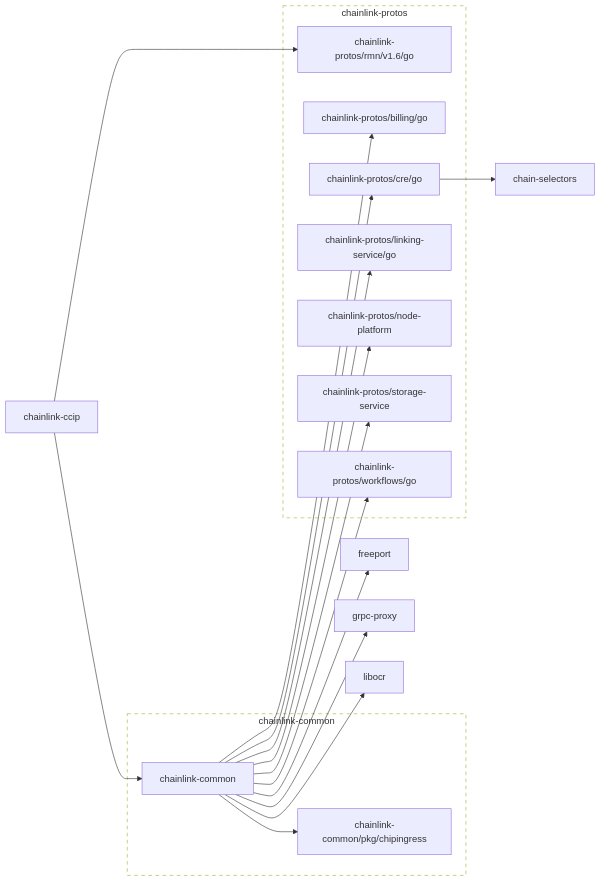
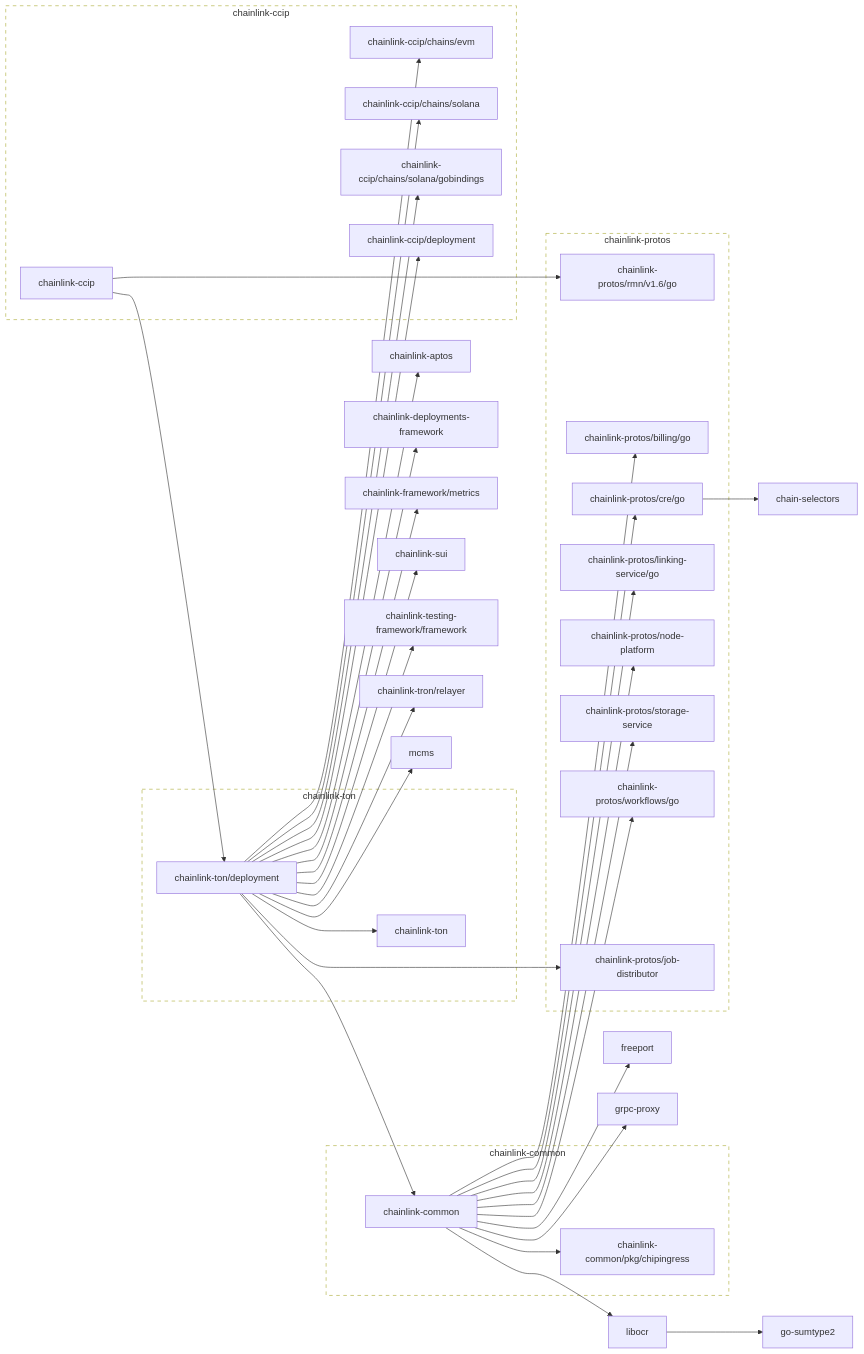
One commit to smartcontractkit/chainlink-ccip changed the first of 2 diagrams in go.md. Above: the diagram before and after it, drawn with Mermaid. The commit also changed other lines of this file and 16 other files, not shown here.

````diff
--- a/go.md
+++ b/go.md
@@ -5,9 +5,19 @@
 
 	chain-selectors
 	click chain-selectors href "https://github.com/smartcontractkit/chain-selectors"
-	chainlink-ccip --> chainlink-common
+	chainlink-aptos
+	click chainlink-aptos href "https://github.com/smartcontractkit/chainlink-aptos"
 	chainlink-ccip --> chainlink-protos/rmn/v1.6/go
+	chainlink-ccip --> chainlink-ton/deployment
 	click chainlink-ccip href "https://github.com/smartcontractkit/chainlink-ccip"
+	chainlink-ccip/chains/evm
+	click chainlink-ccip/chains/evm href "https://github.com/smartcontractkit/chainlink-ccip"
+	chainlink-ccip/chains/solana
+	click chainlink-ccip/chains/solana href "https://github.com/smartcontractkit/chainlink-ccip"
+	chainlink-ccip/chains/solana/gobindings
+	click chainlink-ccip/chains/solana/gobindings href "https://github.com/smartcontractkit/chainlink-ccip"
+	chainlink-ccip/deployment
+	click chainlink-ccip/deployment href "https://github.com/smartcontractkit/chainlink-ccip"
 	chainlink-common --> chainlink-common/pkg/chipingress
 	chainlink-common --> chainlink-protos/billing/go
 	chainlink-common --> chainlink-protos/cre/go
@@ -21,10 +31,16 @@
 	click chainlink-common href "https://github.com/smartcontractkit/chainlink-common"
 	chainlink-common/pkg/chipingress
 	click chainlink-common/pkg/chipingress href "https://github.com/smartcontractkit/chainlink-common"
+	chainlink-deployments-framework
+	click chainlink-deployments-framework href "https://github.com/smartcontractkit/chainlink-deployments-framework"
+	chainlink-framework/metrics
+	click chainlink-framework/metrics href "https://github.com/smartcontractkit/chainlink-framework"
 	chainlink-protos/billing/go
 	click chainlink-protos/billing/go href "https://github.com/smartcontractkit/chainlink-protos"
 	chainlink-protos/cre/go --> chain-selectors
 	click chainlink-protos/cre/go href "https://github.com/smartcontractkit/chainlink-protos"
+	chainlink-protos/job-distributor
+	click chainlink-protos/job-distributor href "https://github.com/smartcontractkit/chainlink-protos"
 	chainlink-protos/linking-service/go
 	click chainlink-protos/linking-service/go href "https://github.com/smartcontractkit/chainlink-protos"
 	chainlink-protos/node-platform
@@ -35,12 +51,48 @@
 	click chainlink-protos/storage-service href "https://github.com/smartcontractkit/chainlink-protos"
 	chainlink-protos/workflows/go
 	click chainlink-protos/workflows/go href "https://github.com/smartcontractkit/chainlink-protos"
+	chainlink-sui
+	click chainlink-sui href "https://github.com/smartcontractkit/chainlink-sui"
+	chainlink-testing-framework/framework
+	click chainlink-testing-framework/framework href "https://github.com/smartcontractkit/chainlink-testing-framework"
+	chainlink-ton
+	click chainlink-ton href "https://github.com/smartcontractkit/chainlink-ton"
+	chainlink-ton/deployment --> chainlink-aptos
+	chainlink-ton/deployment --> chainlink-ccip/chains/evm
+	chainlink-ton/deployment --> chainlink-ccip/chains/solana
+	chainlink-ton/deployment --> chainlink-ccip/chains/solana/gobindings
+	chainlink-ton/deployment --> chainlink-ccip/deployment
+	chainlink-ton/deployment --> chainlink-common
+	chainlink-ton/deployment --> chainlink-deployments-framework
+	chainlink-ton/deployment --> chainlink-framework/metrics
+	chainlink-ton/deployment --> chainlink-protos/job-distributor
+	chainlink-ton/deployment --> chainlink-sui
+	chainlink-ton/deployment --> chainlink-testing-framework/framework
+	chainlink-ton/deployment --> chainlink-ton
+	chainlink-ton/deployment --> chainlink-tron/relayer
+	chainlink-ton/deployment --> mcms
+	click chainlink-ton/deployment href "https://github.com/smartcontractkit/chainlink-ton"
+	chainlink-tron/relayer
+	click chainlink-tron/relayer href "https://github.com/smartcontractkit/chainlink-tron"
 	freeport
 	click freeport href "https://github.com/smartcontractkit/freeport"
+	go-sumtype2
+	click go-sumtype2 href "https://github.com/smartcontractkit/go-sumtype2"
 	grpc-proxy
 	click grpc-proxy href "https://github.com/smartcontractkit/grpc-proxy"
-	libocr
+	libocr --> go-sumtype2
 	click libocr href "https://github.com/smartcontractkit/libocr"
+	mcms
+	click mcms href "https://github.com/smartcontractkit/mcms"
+
+	subgraph chainlink-ccip-repo[chainlink-ccip]
+		 chainlink-ccip
+		 chainlink-ccip/chains/evm
+		 chainlink-ccip/chains/solana
+		 chainlink-ccip/chains/solana/gobindings
+		 chainlink-ccip/deployment
+	end
+	click chainlink-ccip-repo href "https://github.com/smartcontractkit/chainlink-ccip"
 
 	subgraph chainlink-common-repo[chainlink-common]
 		 chainlink-common
@@ -51,6 +103,7 @@
 	subgraph chainlink-protos-repo[chainlink-protos]
 		 chainlink-protos/billing/go
 		 chainlink-protos/cre/go
+		 chainlink-protos/job-distributor
 		 chainlink-protos/linking-service/go
 		 chainlink-protos/node-platform
 		 chainlink-protos/rmn/v1.6/go
@@ -59,6 +112,12 @@
 	end
 	click chainlink-protos-repo href "https://github.com/smartcontractkit/chainlink-protos"
 
+	subgraph chainlink-ton-repo[chainlink-ton]
+		 chainlink-ton
+		 chainlink-ton/deployment
+	end
+	click chainlink-ton-repo href "https://github.com/smartcontractkit/chainlink-ton"
+
 	classDef outline stroke-dasharray:6,fill:none;
-	class chainlink-common-repo,chainlink-protos-repo outline
+	class chainlink-ccip-repo,chainlink-common-repo,chainlink-protos-repo,chainlink-ton-repo outline
 ```
````
